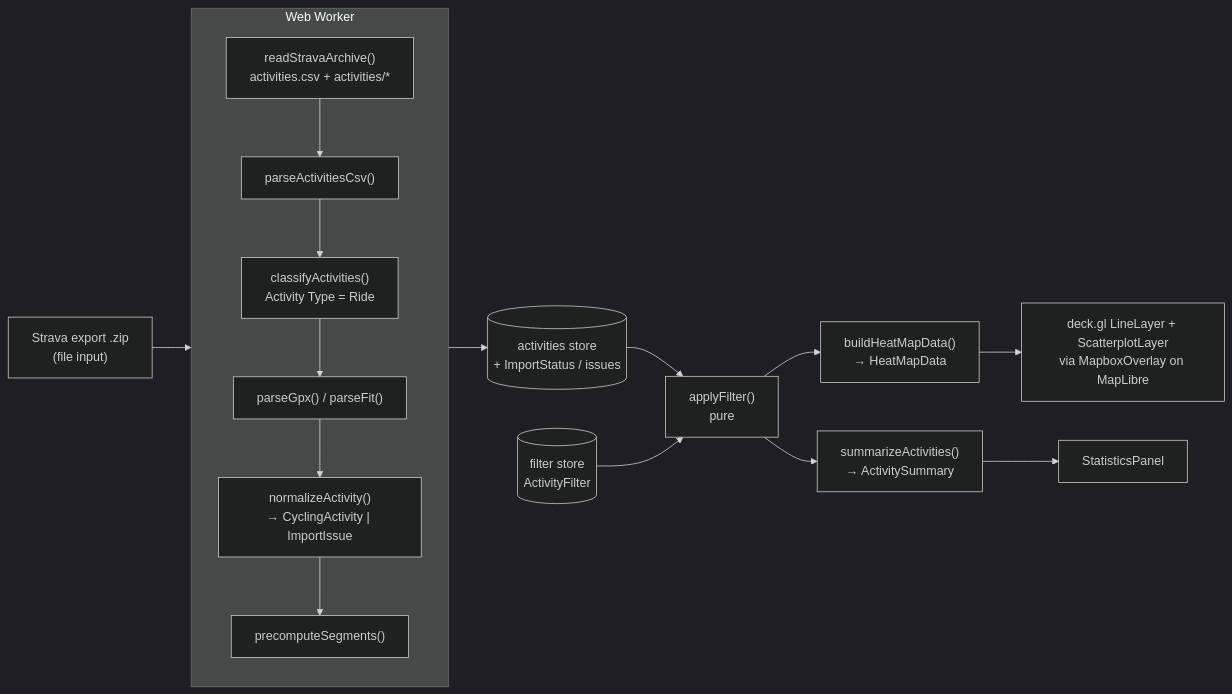
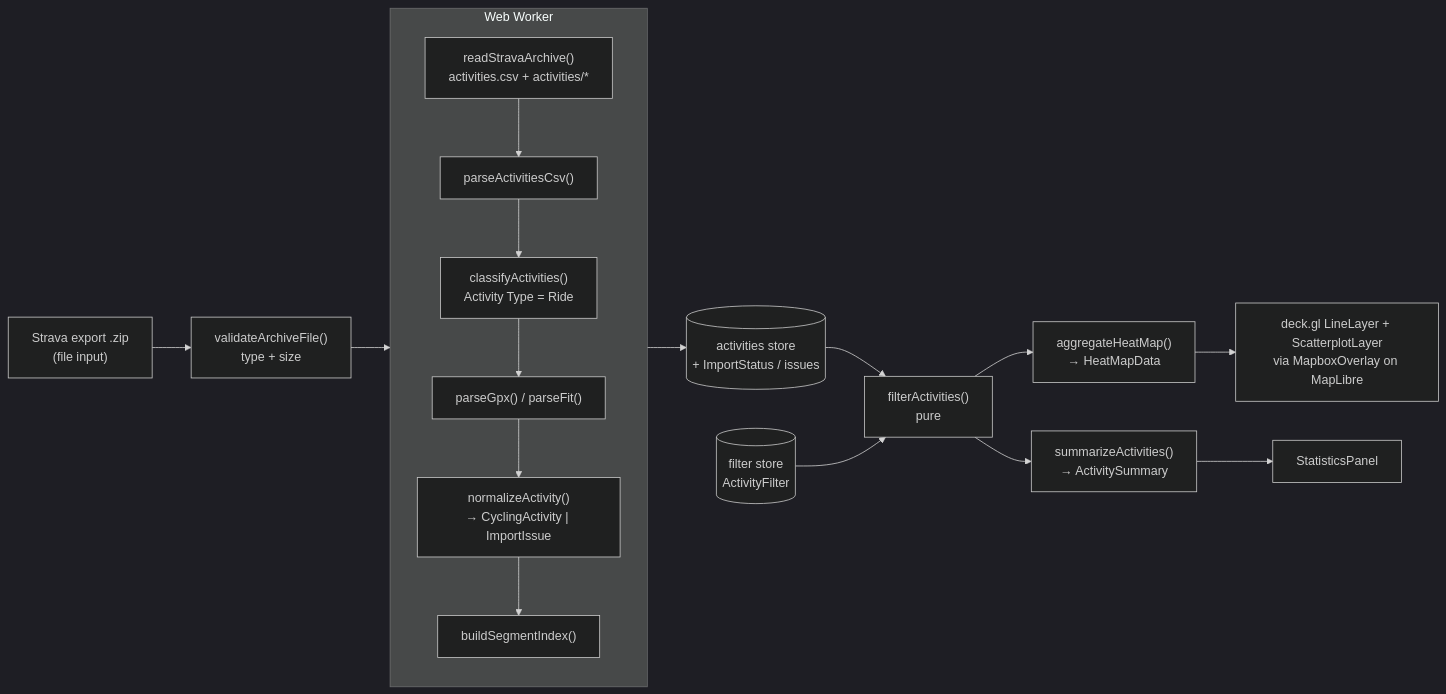
One commit to dilshandbg/pedal-paths changed the second of 3 diagrams in docs/architecture.md. Above: the diagram before and after it, drawn with Mermaid (dark theme). The commit also changed other lines of this file and 6 other files, not shown here.

First line of the commit message:
docs: architecture, design, traceability and README for BRD v2.0

````diff
--- a/docs/architecture.md
+++ b/docs/architecture.md
@@ -75,18 +104,19 @@
 ```mermaid
 flowchart LR
-    Z["Strava export .zip<br/>(file input)"] --> W
+    Z["Strava export .zip<br/>(file input)"] --> V["validateArchiveFile()<br/>type + size"]
+    V --> W
     subgraph W["Web Worker"]
         R["readStravaArchive()<br/>activities.csv + activities/*"] --> C["parseActivitiesCsv()"]
         C --> K["classifyActivities()<br/>Activity Type = Ride"]
         K --> G["parseGpx() / parseFit()"]
         G --> N["normalizeActivity()<br/>→ CyclingActivity | ImportIssue"]
-        N --> SEG["precomputeSegments()"]
+        N --> SEG["buildSegmentIndex()"]
     end
     W --> S[("activities store<br/>+ ImportStatus / issues")]
-    S --> FL["applyFilter()<br/>pure"]
+    S --> FL["filterActivities()<br/>pure"]
     FS[("filter store<br/>ActivityFilter")] --> FL
-    FL --> H["buildHeatMapData()<br/>→ HeatMapData"]
+    FL --> H["aggregateHeatMap()<br/>→ HeatMapData"]
     FL --> ST["summarizeActivities()<br/>→ ActivitySummary"]
     H --> L["deck.gl LineLayer + ScatterplotLayer<br/>via MapboxOverlay on MapLibre"]
     ST --> SP["StatisticsPanel"]
 ```
````
